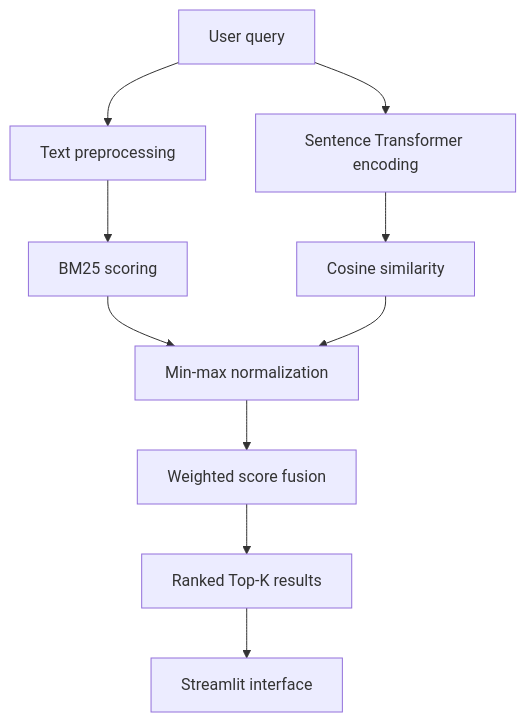
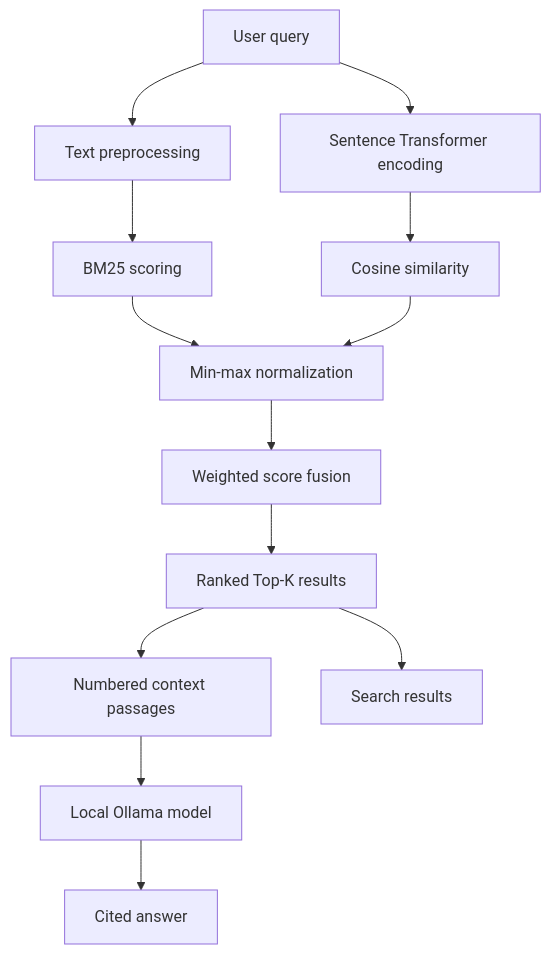
Before and after one commit to nikshitharapolu/semantic-search-engine: the diagram in README.md, drawn with Mermaid. The commit also changed other lines of this file and 39 other files, not shown here.

````diff
--- a/README.md
+++ b/README.md
@@ -49,12 +63,15 @@
 ```mermaid
 flowchart TD
     A[User query] --> B[Text preprocessing]
     B --> C[BM25 scoring]
     A --> D[Sentence Transformer encoding]
     D --> E[Cosine similarity]
     C --> F[Min-max normalization]
     E --> F
     F --> G[Weighted score fusion]
     G --> H[Ranked Top-K results]
-    H --> I[Streamlit interface]
+    H --> I[Numbered context passages]
+    I --> J[Local Ollama model]
+    J --> K[Cited answer]
+    H --> L[Search results]
 ```
````
